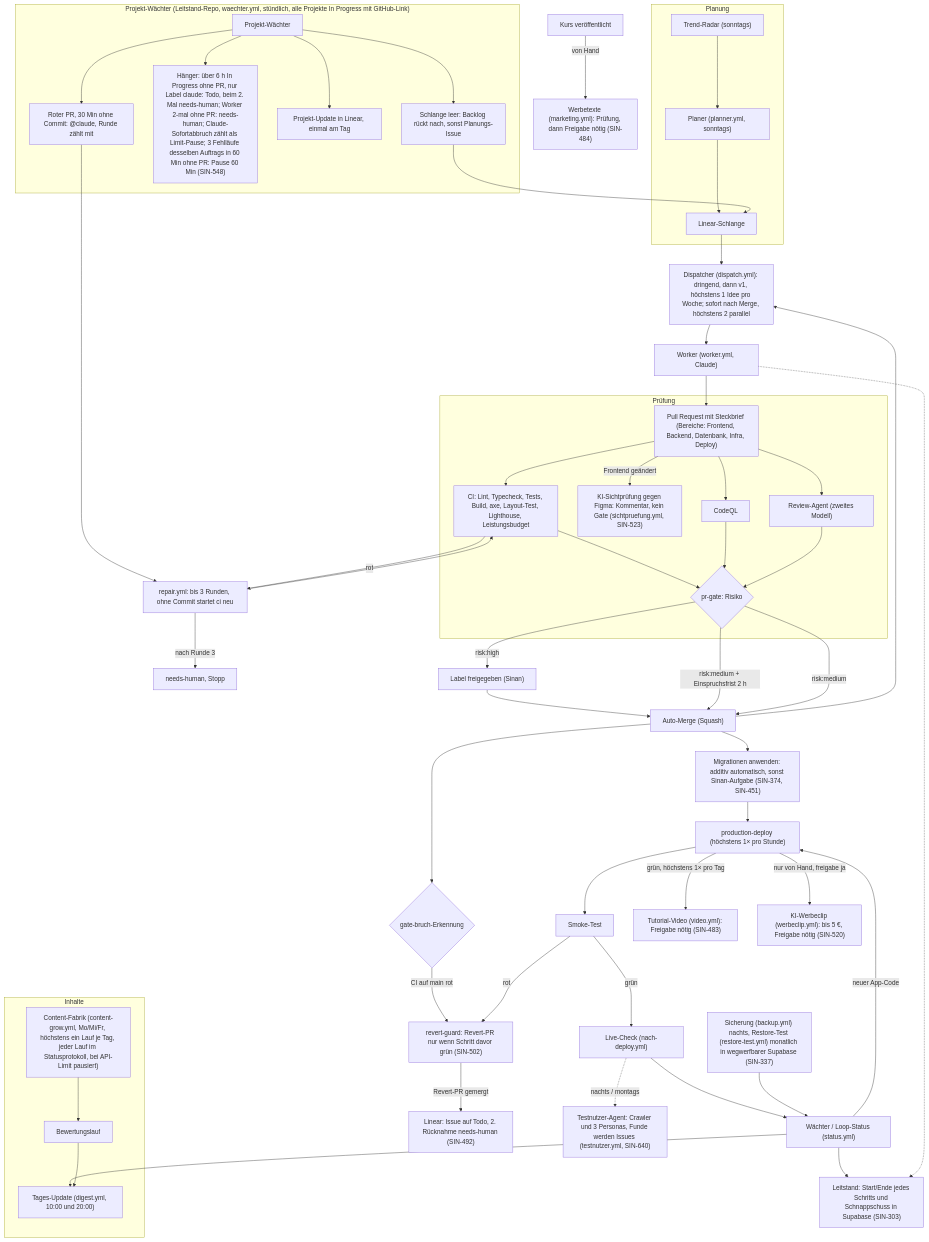
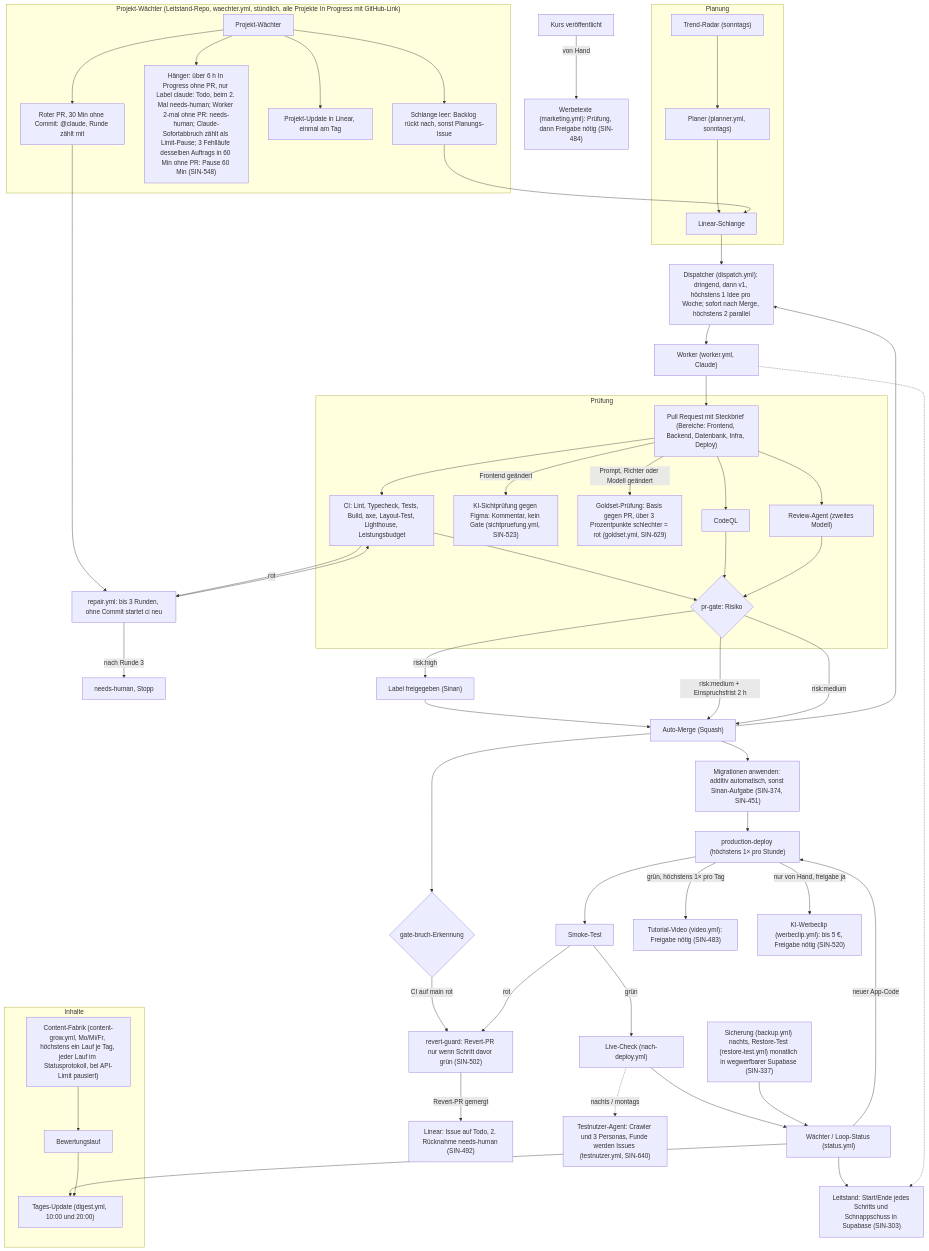
One commit to siinanXD/Content-Agent-Lernapp changed the diagram in docs/diagramme/pipeline.mmd. Above: the diagram before and after it, drawn with Mermaid. The commit also changed 11 other files, not shown here.

Commit message:
feat(qualitaet): Goldset-Prüfung bei Änderungen an Generator oder Richter (SIN-629) (#361)

```diff
--- a/docs/diagramme/pipeline.mmd
+++ b/docs/diagramme/pipeline.mmd
@@ -1,57 +1,58 @@
 %% Pipeline-Ablauf des Loops, Stand main 09.10. (SIN-376). Quelle für das FigJam-Board „Pipeline-Ablauf“.
 %% Ändern sich .github/workflows/ oder scripts/autonomy/, diese Datei im selben PR anpassen.
 flowchart TD
   subgraph Planung
     Radar["Trend-Radar (sonntags)"] --> Planer
     Planer["Planer (planner.yml, sonntags)"] --> Schlange["Linear-Schlange"]
   end
   Schlange --> Dispatcher["Dispatcher (dispatch.yml): dringend, dann v1, höchstens 1 Idee pro Woche; sofort nach Merge, höchstens 2 parallel"]
   Dispatcher --> Worker["Worker (worker.yml, Claude)"]
   Worker --> PR["Pull Request mit Steckbrief (Bereiche: Frontend, Backend, Datenbank, Infra, Deploy)"]
   subgraph Prüfung
     PR --> CI["CI: Lint, Typecheck, Tests, Build, axe, Layout-Test, Lighthouse, Leistungsbudget"]
     PR -- "Frontend geändert" --> Sicht["KI-Sichtprüfung gegen Figma: Kommentar, kein Gate (sichtpruefung.yml, SIN-523)"]
+    PR -- "Prompt, Richter oder Modell geändert" --> Gold["Goldset-Prüfung: Basis gegen PR, über 3 Prozentpunkte schlechter = rot (goldset.yml, SIN-629)"]
     PR --> CodeQL["CodeQL"]
     PR --> Review["Review-Agent (zweites Modell)"]
     CI --> Gate{"pr-gate: Risiko"}
     CodeQL --> Gate
     Review --> Gate
   end
   CI -- rot --> Repair["repair.yml: bis 3 Runden, ohne Commit startet ci neu"]
   Repair --> CI
   Repair -- "nach Runde 3" --> Mensch["needs-human, Stopp"]
   Gate -- "risk:high" --> Freigabe["Label freigegeben (Sinan)"]
   Freigabe --> Merge
   Gate -- "risk:medium + Einspruchsfrist 2 h" --> Merge
   Gate -- "risk:medium" --> Merge["Auto-Merge (Squash)"]
   Merge --> Dispatcher
   Merge --> Migr["Migrationen anwenden: additiv automatisch, sonst Sinan-Aufgabe (SIN-374, SIN-451)"]
   Merge --> Bruch{"gate-bruch-Erkennung"}
   Bruch -- "CI auf main rot" --> Revert["revert-guard: Revert-PR nur wenn Schritt davor grün (SIN-502)"]
   Revert -- "Revert-PR gemergt" --> LinearTodo["Linear: Issue auf Todo, 2. Rücknahme needs-human (SIN-492)"]
   Migr --> Deploy["production-deploy (höchstens 1× pro Stunde)"]
   Deploy --> Smoke["Smoke-Test"]
   Smoke -- rot --> Revert
   Smoke -- grün --> Live["Live-Check (nach-deploy.yml)"]
   Live -. "nachts / montags" .-> Testnutzer["Testnutzer-Agent: Crawler und 3 Personas, Funde werden Issues (testnutzer.yml, SIN-640)"]
   Deploy -- "grün, höchstens 1× pro Tag" --> Video["Tutorial-Video (video.yml): Freigabe nötig (SIN-483)"]
   Deploy -- "nur von Hand, freigabe ja" --> Werbeclip["KI-Werbeclip (werbeclip.yml): bis 5 €, Freigabe nötig (SIN-520)"]
   Kurs["Kurs veröffentlicht"] -- "von Hand" --> Marketing["Werbetexte (marketing.yml): Prüfung, dann Freigabe nötig (SIN-484)"]
   Live --> Waechter["Wächter / Loop-Status (status.yml)"]
   Waechter -- "neuer App-Code" --> Deploy
   Backup["Sicherung (backup.yml) nachts, Restore-Test (restore-test.yml) monatlich in wegwerfbarer Supabase (SIN-337)"] --> Waechter
   Waechter --> Update["Tages-Update (digest.yml, 10:00 und 20:00)"]
   Waechter --> Leitstand["Leitstand: Start/Ende jedes Schritts und Schnappschuss in Supabase (SIN-303)"]
   Worker -.-> Leitstand
   subgraph Projektwaechter["Projekt-Wächter (Leitstand-Repo, waechter.yml, stündlich, alle Projekte In Progress mit GitHub-Link)"]
     PW["Projekt-Wächter"] --> PWS["Schlange leer: Backlog rückt nach, sonst Planungs-Issue"]
     PW --> PWH["Hänger: über 6 h In Progress ohne PR, nur Label claude: Todo, beim 2. Mal needs-human; Worker 2-mal ohne PR: needs-human; Claude-Sofortabbruch zählt als Limit-Pause; 3 Fehlläufe desselben Auftrags in 60 Min ohne PR: Pause 60 Min (SIN-548)"]
     PW --> PWU["Projekt-Update in Linear, einmal am Tag"]
     PW --> PWR["Roter PR, 30 Min ohne Commit: @claude, Runde zählt mit"]
   end
   PWS --> Schlange
   PWR --> Repair
   subgraph Inhalte
     Fabrik["Content-Fabrik (content-grow.yml, Mo/Mi/Fr, höchstens ein Lauf je Tag, jeder Lauf im Statusprotokoll, bei API-Limit pausiert)"] --> Bewertung["Bewertungslauf"]
     Bewertung --> Update
   end
```
